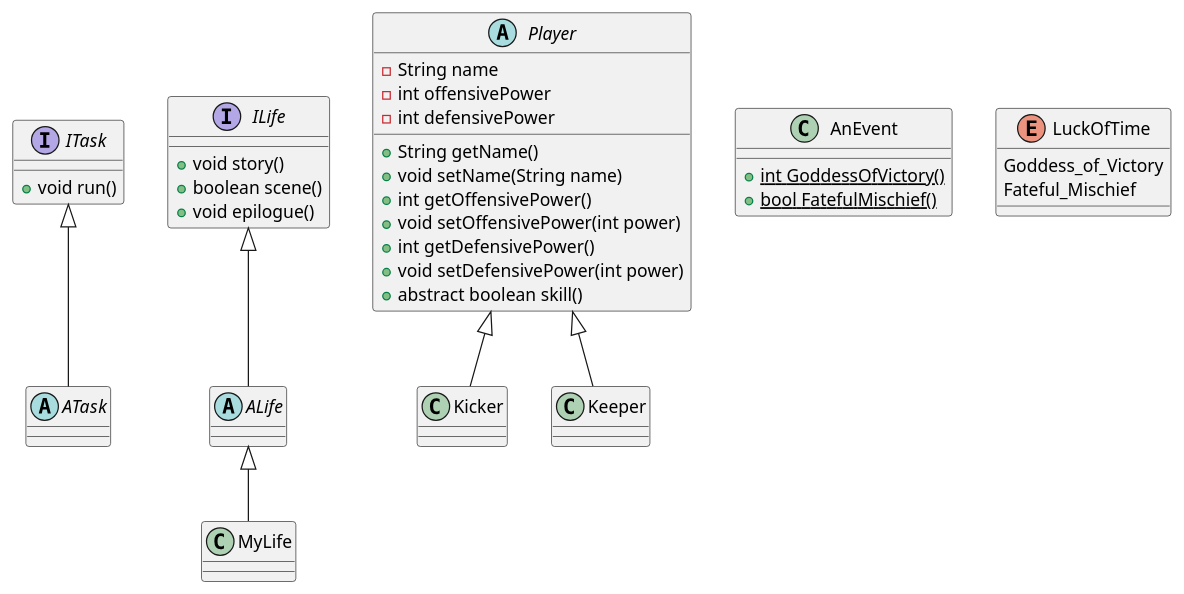
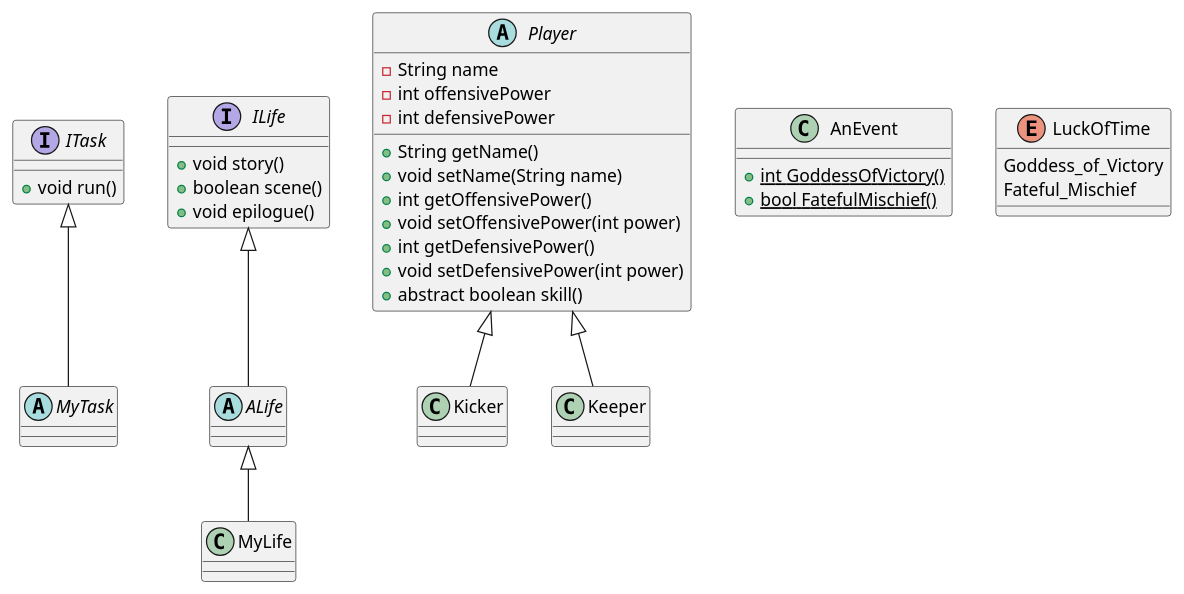
Before and after one commit to matsuurataketugu/java-leaning-project: the diagram in chapter_10/src/domain/service/student506/Student506.puml, drawn with PlantUML. The commit also changed 3 other files, not shown here.

```diff
--- a/chapter_10/src/domain/service/student506/Student506.puml
+++ b/chapter_10/src/domain/service/student506/Student506.puml
@@ -1,49 +1,49 @@
 @startuml
 
 interface ITask {
     +void run()
 }
-abstract class ATask {
+abstract class MyTask {
 }
 interface ILife {
     +void story()
     +boolean scene()
     +void epilogue()
 }
 abstract class ALife {
 }
 class MyLife {
 }
 abstract class Player {
     -String name
     -int offensivePower
     -int defensivePower
     +String getName()
     +void setName(String name)
     +int getOffensivePower()
     +void setOffensivePower(int power)
     +int getDefensivePower()
     +void setDefensivePower(int power)
     +abstract boolean skill()
 }
 class Kicker {
 }
 class Keeper {
 }
-ITask <|-- ATask
+ITask <|-- MyTask
 ILife <|-- ALife
 ALife <|-- MyLife
 Player <|-- Kicker
 Player <|-- Keeper
 
 class AnEvent {
     +{static} int GoddessOfVictory()
     +{static} bool FatefulMischief()
 }
 
 enum LuckOfTime {
     Goddess_of_Victory
     Fateful_Mischief
 }
 
 @enduml
```
